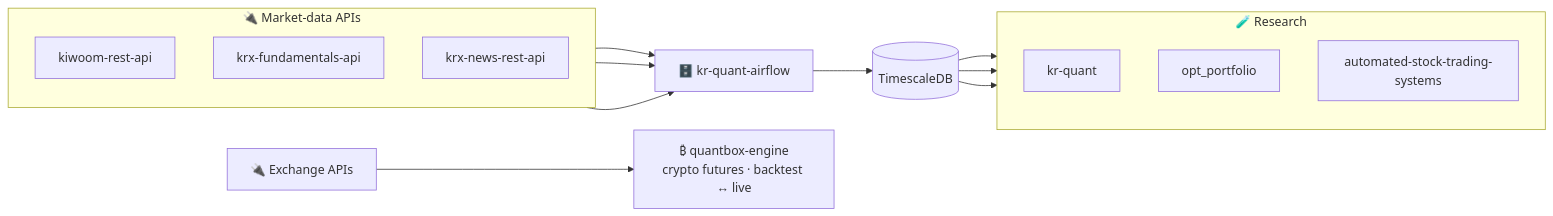
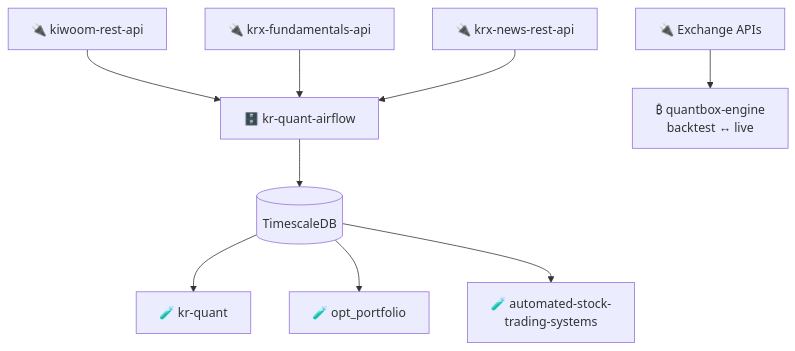
Before and after one commit to younghwan91/younghwan91: the diagram in README.md, drawn with Mermaid.

Commit message:
docs: 다이어그램 세로 방향으로 재구성
LR 레이아웃이 1967px 폭이라 GitHub 컨테이너(~830px)에서 42%로
축소돼 글자가 뭉개졌음. TD로 전환하고 서브그래프를 걷어내
998x450으로 축소 — 실측 렌더 기준.

서브그래프의 direction 지정은 외부 엣지가 있으면 mermaid가
무시하므로, 그룹핑은 노드 이모지로 대체.

````diff
--- a/README.md
+++ b/README.md
@@ -28,25 +28,11 @@
 ```mermaid
-flowchart LR
-    subgraph SRC["🔌 Market-data APIs"]
-        direction TB
-        K[kiwoom-rest-api]
-        F[krx-fundamentals-api]
-        NW[krx-news-rest-api]
-    end
-    AF["🗄️ kr-quant-airflow"]
-    DB[("TimescaleDB")]
-    subgraph RES["🧪 Research"]
-        direction TB
-        Q[kr-quant]
-        O[opt_portfolio]
-        AT[automated-stock-trading-systems]
-    end
-    K --> AF
-    F --> AF
-    NW --> AF
-    AF --> DB
-    DB --> Q
-    DB --> O
-    DB --> AT
-    EX["🔌 Exchange APIs"] --> CR["₿ quantbox-engine<br/>crypto futures · backtest ↔ live"]
+flowchart TD
+    K["🔌 kiwoom-rest-api"] --> AF
+    F["🔌 krx-fundamentals-api"] --> AF
+    NW["🔌 krx-news-rest-api"] --> AF
+    AF["🗄️ kr-quant-airflow"] --> DB[("TimescaleDB")]
+    DB --> Q["🧪 kr-quant"]
+    DB --> O["🧪 opt_portfolio"]
+    DB --> AT["🧪 automated-stock-<br/>trading-systems"]
+    EX["🔌 Exchange APIs"] --> CR["₿ quantbox-engine<br/>backtest ↔ live"]
 ```
````
